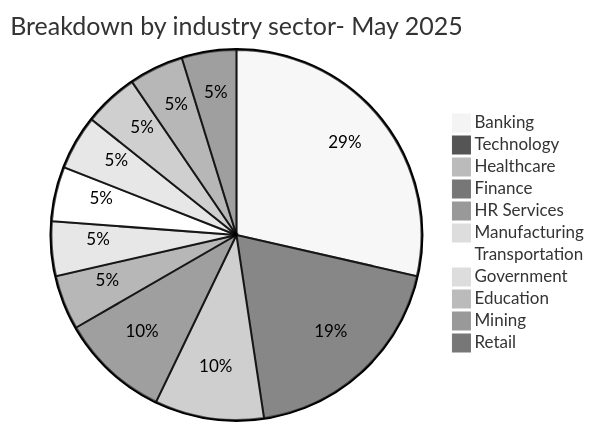
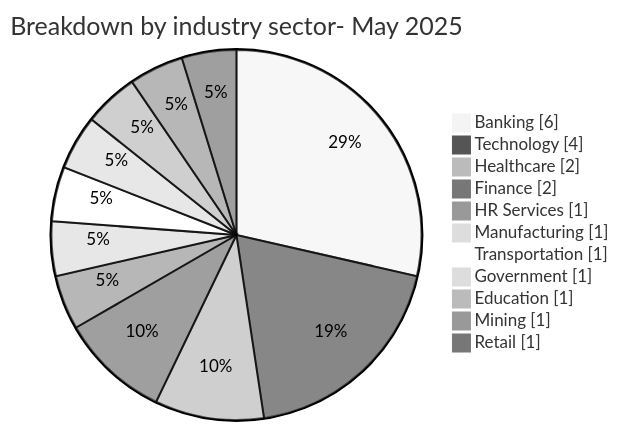
One commit to Hatchepsoute/AFRINTEL changed the second of 6 diagrams in CyberAttackAfrica/2025/05-may/README.md. Above: the diagram before and after it, drawn with Mermaid (neutral theme). The commit also changed other lines of this file and 182 other files, not shown here.

````diff
--- a/CyberAttackAfrica/2025/05-may/README.md
+++ b/CyberAttackAfrica/2025/05-may/README.md
@@ -66,14 +69,15 @@
 ```mermaid
-pie title Breakdown by industry sector- May 2025
+pie showData
+    title Breakdown by industry sector- May 2025
     "Banking" : 6
     "Technology" : 4
     "Healthcare" : 2
     "Finance" : 2
     "HR Services" : 1
     "Manufacturing" : 1
     "Transportation" : 1
     "Government" : 1
     "Education" : 1
     "Mining" : 1
     "Retail" : 1
 ```
````
